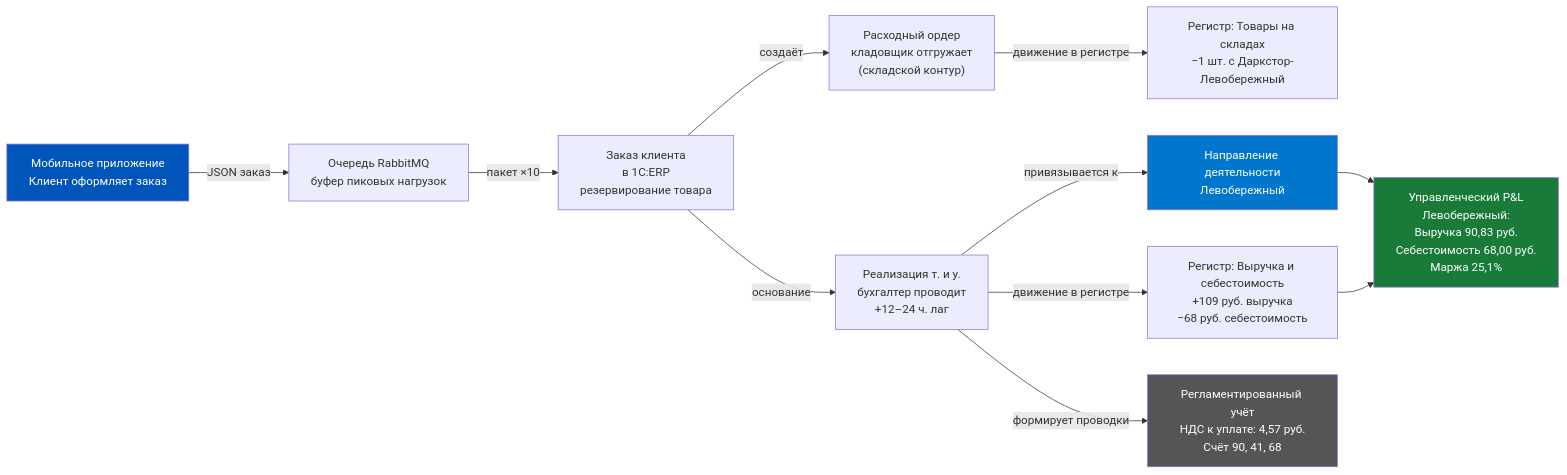
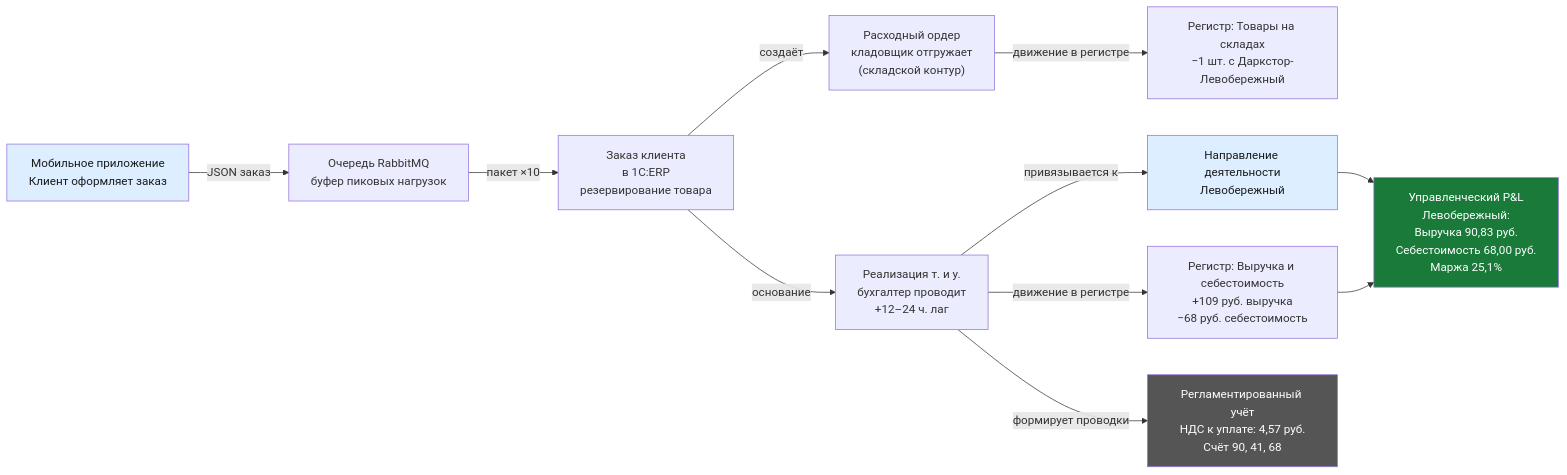
The fourth of 5 diagrams in content/1c-erp/week_1/Неделя 1 - День 7 - История Самоката.md (murad1986/1c-erp-quartz), drawn with Mermaid before and after one commit. The commit also changed other lines of this file and 57 other files, not shown here.

First line of the commit message:
fix: Mermaid — пастельные цвета в источниках диаграмм (56 файлов)

````diff
--- a/content/1c-erp/week_1/Неделя 1 - День 7 - История Самоката.md
+++ b/content/1c-erp/week_1/Неделя 1 - День 7 - История Самоката.md
@@ -639,29 +639,29 @@
 ```mermaid
 graph LR
     APP["Мобильное приложение<br>Клиент оформляет заказ"]
     QUEUE["Очередь RabbitMQ<br>буфер пиковых нагрузок"]
     ORDER["Заказ клиента<br>в 1C:ERP<br>резервирование товара"]
     ОРДЕР_РАС["Расходный ордер<br>кладовщик отгружает<br>(складской контур)"]
     REAL["Реализация т. и у.<br>бухгалтер проводит<br>+12–24 ч. лаг"]
     REG1["Регистр: Товары на складах<br>−1 шт. с Даркстор-Левобережный"]
     REG2["Регистр: Выручка и себестоимость<br>+109 руб. выручка<br>−68 руб. себестоимость"]
     DIR["Направление деятельности<br>Левобережный"]
     PL["Управленческий P&L<br>Левобережный:<br>Выручка 90,83 руб.<br>Себестоимость 68,00 руб.<br>Маржа 25,1%"]
     TAX["Регламентированный учёт<br>НДС к уплате: 4,57 руб.<br>Счёт 90, 41, 68"]
 
     APP -->|"JSON заказ"| QUEUE
     QUEUE -->|"пакет ×10"| ORDER
     ORDER -->|"создаёт"| ОРДЕР_РАС
     ОРДЕР_РАС -->|"движение в регистре"| REG1
     ORDER -->|"основание"| REAL
     REAL -->|"движение в регистре"| REG2
     REAL -->|"привязывается к"| DIR
     DIR --> PL
     REG2 --> PL
     REAL -->|"формирует проводки"| TAX
 
-    style APP fill:#0055BB,color:#fff
+    style APP fill:#dceeff,color:#1a1a1a
     style PL fill:#1A7A3A,color:#fff
     style TAX fill:#555555,color:#fff
-    style DIR fill:#0077CC,color:#fff
+    style DIR fill:#dceeff,color:#1a1a1a
 ```
````
